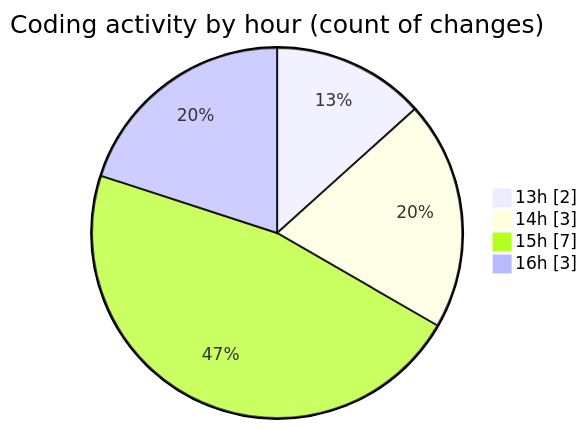
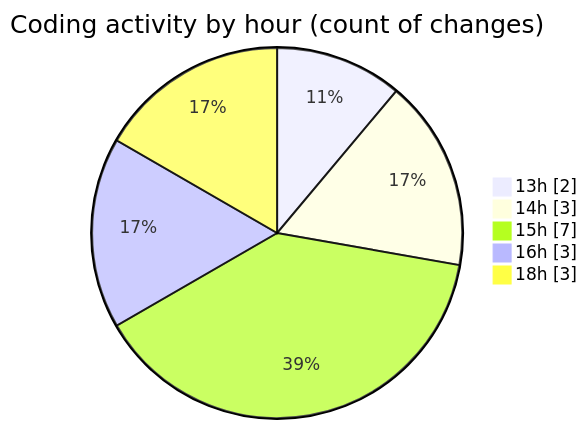
Before and after one commit to julien-gomy/code-tracking: the second of 2 diagrams in 2025-11-14/cdp_aleoudev_fr__workspace_/README.md, drawn with Mermaid. The commit also changed other lines of this file and 1 other file, not shown here.

````diff
--- a/2025-11-14/cdp_aleoudev_fr__workspace_/README.md
+++ b/2025-11-14/cdp_aleoudev_fr__workspace_/README.md
@@ -32,8 +34,9 @@
 ```mermaid
 pie showData
 title Coding activity by hour (count of changes)
 "13h" : 2
 "14h" : 3
 "15h" : 7
 "16h" : 3
+"18h" : 3
 ```
````
